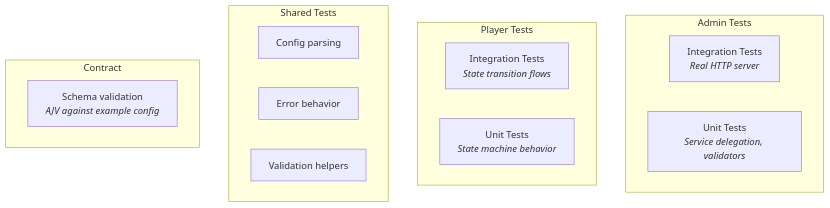
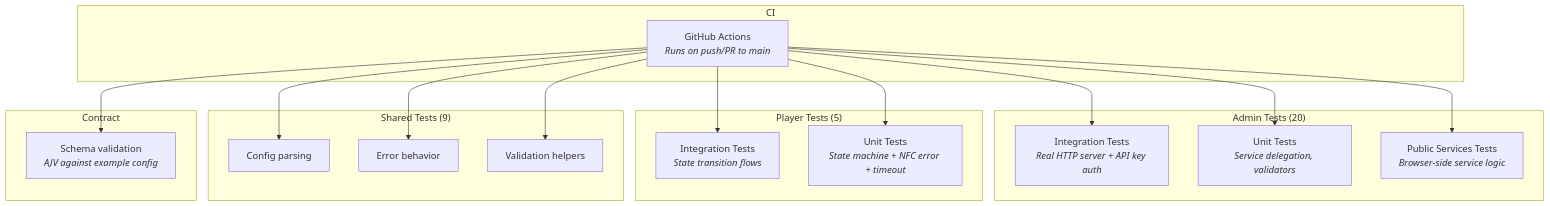
Before and after one commit to fergouchyahya/IDS: the diagram in docs/testing.md, drawn with Mermaid. The commit also changed other lines of this file and 42 other files, not shown here.

````diff
--- a/docs/testing.md
+++ b/docs/testing.md
@@ -29,22 +29,29 @@
 ```mermaid
 flowchart TD
-    subgraph "Admin Tests"
-        AI[Integration Tests<br/><i>Real HTTP server</i>]
+    subgraph "Admin Tests (20)"
+        AI[Integration Tests<br/><i>Real HTTP server + API key auth</i>]
         AU[Unit Tests<br/><i>Service delegation, validators</i>]
+        AP[Public Services Tests<br/><i>Browser-side service logic</i>]
     end
 
-    subgraph "Player Tests"
+    subgraph "Player Tests (5)"
         PI[Integration Tests<br/><i>State transition flows</i>]
-        PU[Unit Tests<br/><i>State machine behavior</i>]
+        PU[Unit Tests<br/><i>State machine + NFC error + timeout</i>]
     end
 
-    subgraph "Shared Tests"
+    subgraph "Shared Tests (9)"
         SC[Config parsing]
         SE[Error behavior]
         SV[Validation helpers]
     end
 
     subgraph "Contract"
         CV[Schema validation<br/><i>AJV against example config</i>]
     end
+
+    subgraph "CI"
+        GH[GitHub Actions<br/><i>Runs on push/PR to main</i>]
+    end
+
+    GH --> AI & AU & AP & PI & PU & SC & SE & SV & CV
 ```
````
